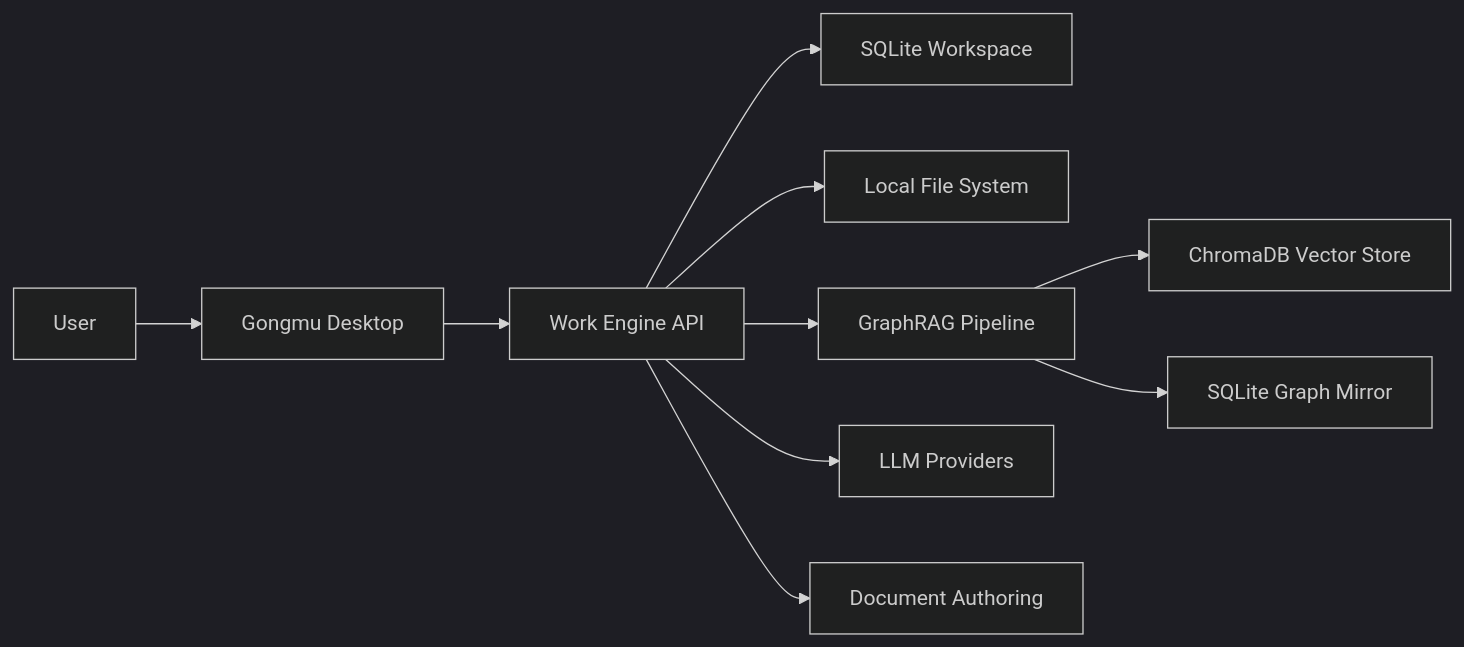
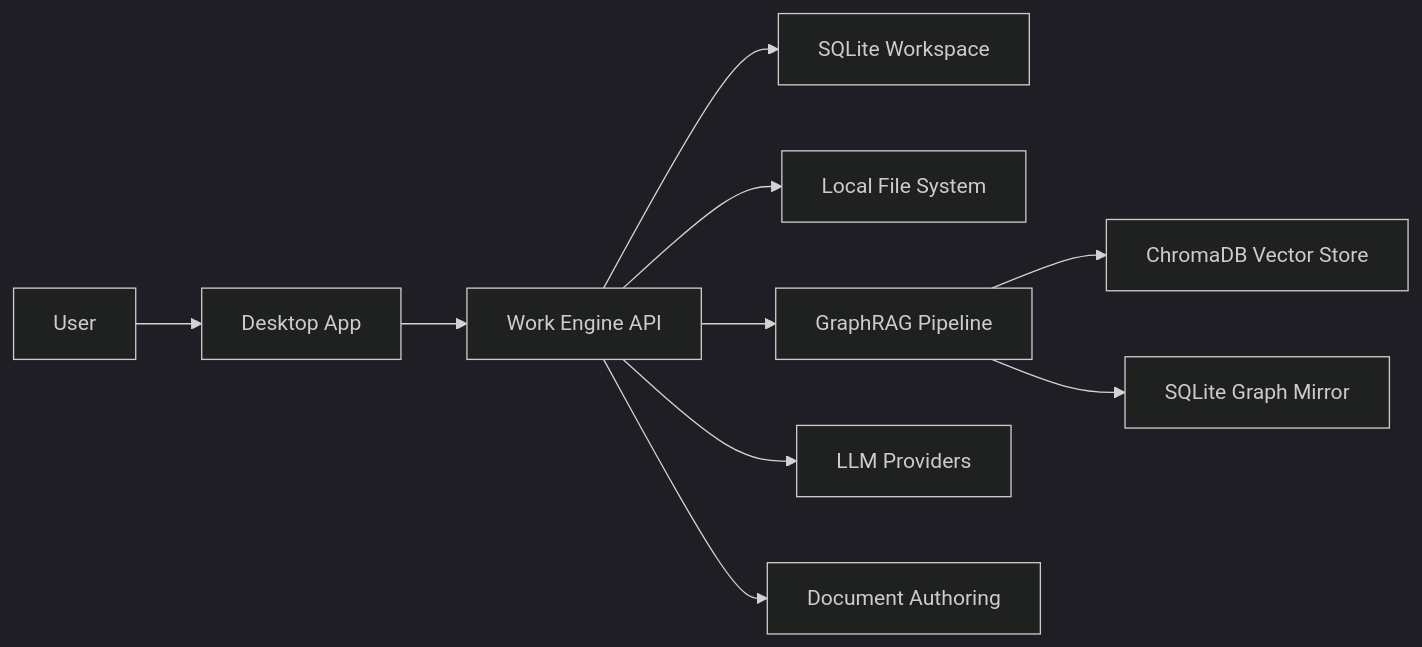
Before and after one commit to Kminer2053/gongmuwon: the diagram in README.md, drawn with Mermaid (dark theme). The commit also changed other lines of this file and 21 other files, not shown here.

````diff
--- a/README.md
+++ b/README.md
@@ -60,12 +62,12 @@
 ```mermaid
 flowchart LR
-  A[User] --> B[Gongmu Desktop]
+  A[User] --> B[Desktop App]
   B --> C[Work Engine API]
   C --> D[SQLite Workspace]
   C --> E[Local File System]
   C --> F[GraphRAG Pipeline]
   F --> G[ChromaDB Vector Store]
   F --> H[SQLite Graph Mirror]
   C --> I[LLM Providers]
   C --> J[Document Authoring]
 ```
````
